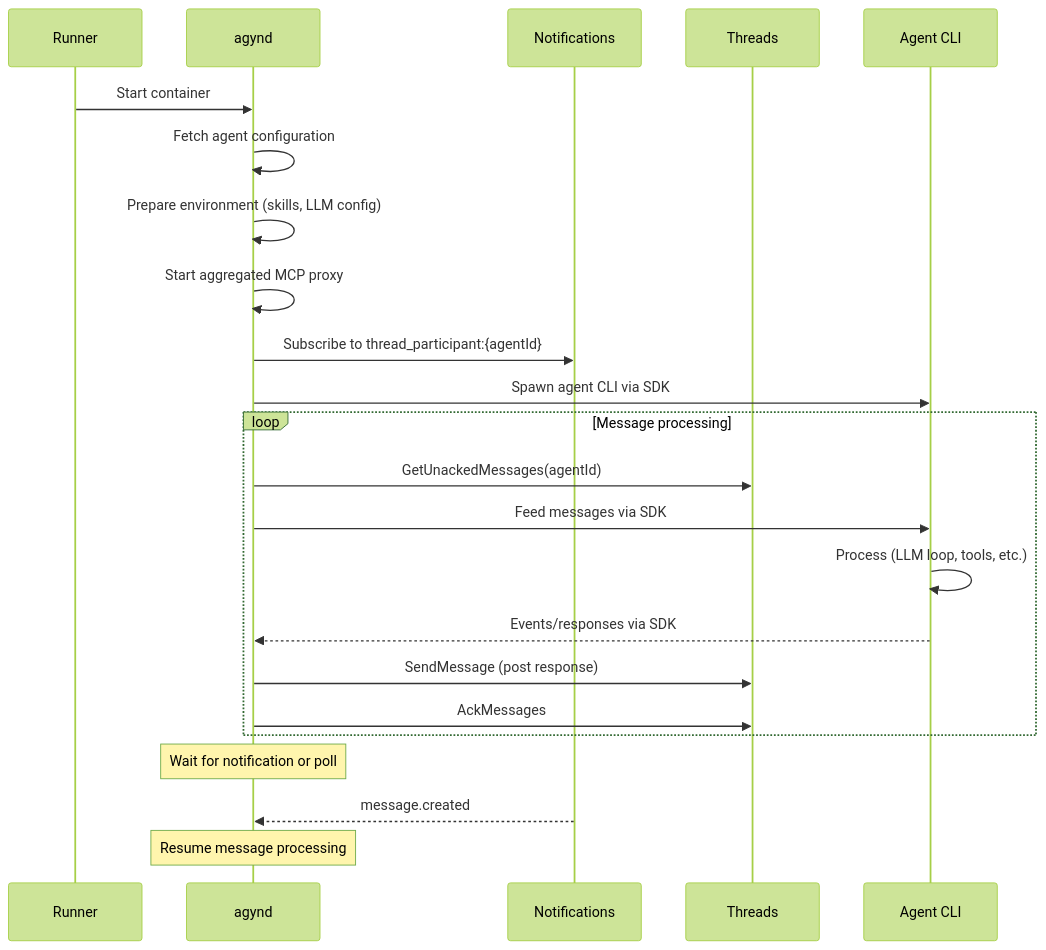
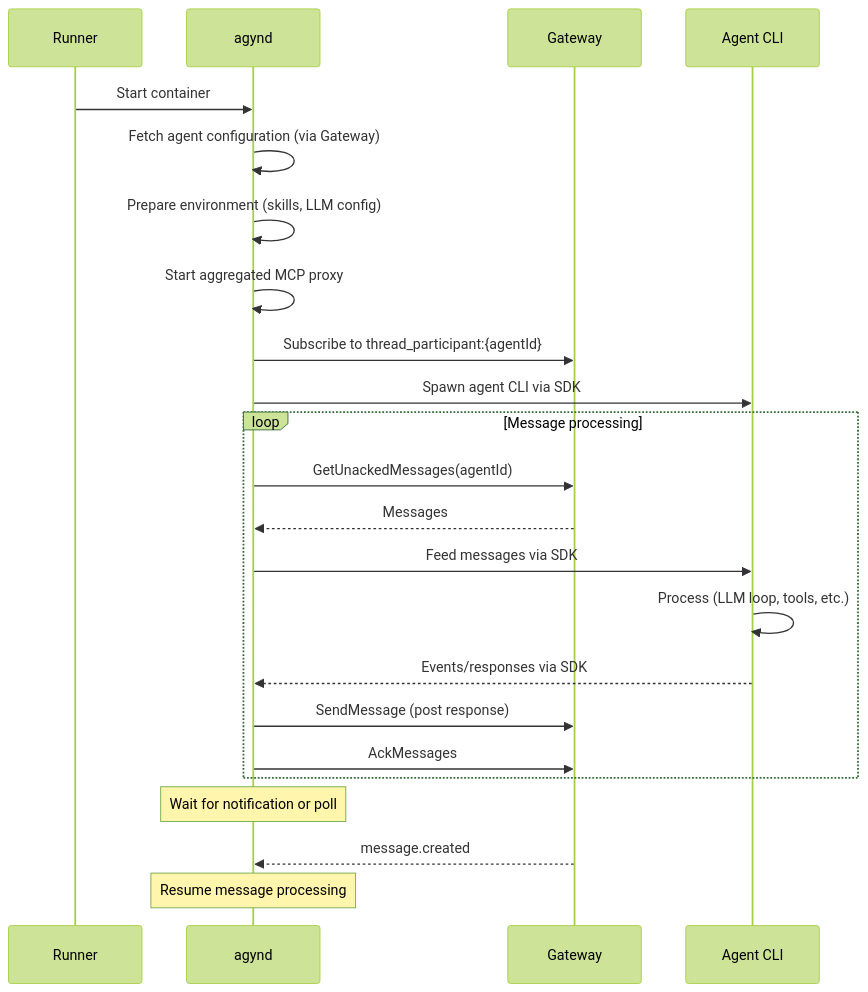
Before and after one commit to agynio/architecture: the second of 2 diagrams in architecture/agynd-cli.md, drawn with Mermaid (forest theme). The commit also changed other lines of this file and 5 other files, not shown here.

````diff
--- a/architecture/agynd-cli.md
+++ b/architecture/agynd-cli.md
@@ -137,28 +133,28 @@
 ```mermaid
 sequenceDiagram
     participant R as Runner
     participant D as agynd
-    participant N as Notifications
-    participant T as Threads
+    participant GW as Gateway
     participant A as Agent CLI
 
     R->>D: Start container
-    D->>D: Fetch agent configuration
+    D->>D: Fetch agent configuration (via Gateway)
     D->>D: Prepare environment (skills, LLM config)
     D->>D: Start aggregated MCP proxy
-    D->>N: Subscribe to thread_participant:{agentId}
+    D->>GW: Subscribe to thread_participant:{agentId}
     D->>A: Spawn agent CLI via SDK
 
     loop Message processing
-        D->>T: GetUnackedMessages(agentId)
+        D->>GW: GetUnackedMessages(agentId)
+        GW-->>D: Messages
         D->>A: Feed messages via SDK
         A->>A: Process (LLM loop, tools, etc.)
         A-->>D: Events/responses via SDK
-        D->>T: SendMessage (post response)
-        D->>T: AckMessages
+        D->>GW: SendMessage (post response)
+        D->>GW: AckMessages
     end
 
     Note over D: Wait for notification or poll
-    N-->>D: message.created
+    GW-->>D: message.created
     Note over D: Resume message processing
 ```
````
